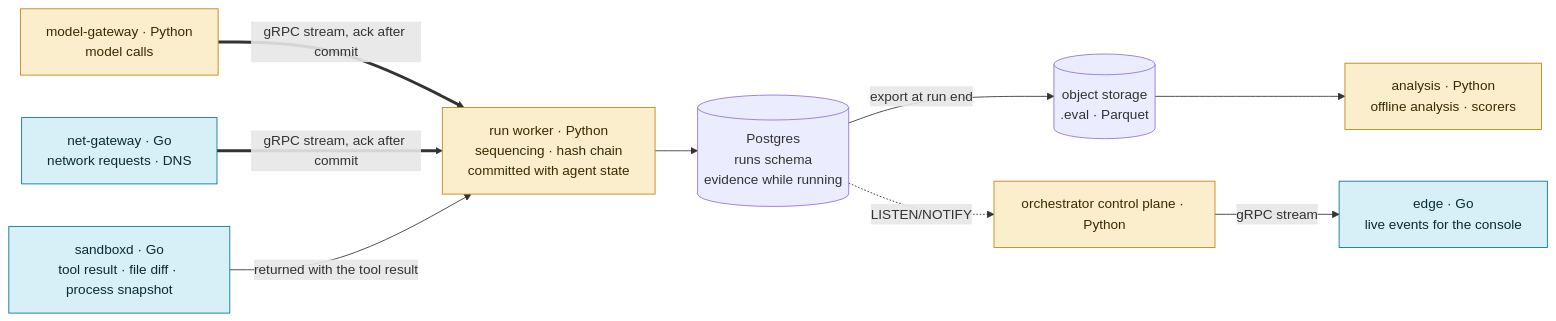
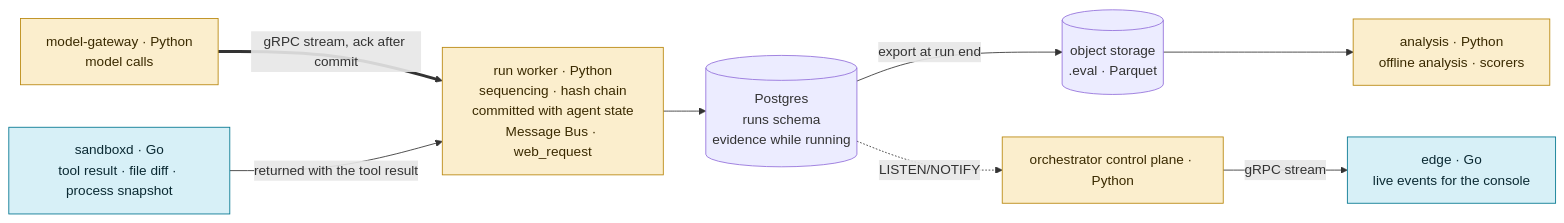
One commit to jackeydou/DUNE changed the second of 2 diagrams in docs/architecture.md. Above: the diagram before and after it, drawn with Mermaid. The commit also changed other lines of this file and 18 other files, not shown here.

First line of the commit message:
spec: trajectory first — sandboxes offline, web_request, milestones reordered

````diff
--- a/docs/architecture.md
+++ b/docs/architecture.md
@@ -88,15 +85,15 @@
 ```mermaid
 flowchart LR
-    MG["model-gateway · Python<br/>model calls"] & NG["net-gateway · Go<br/>network requests · DNS"] == gRPC stream, ack after commit ==> W["run worker · Python<br/>sequencing · hash chain<br/>committed with agent state"]
+    MG["model-gateway · Python<br/>model calls"] == gRPC stream, ack after commit ==> W["run worker · Python<br/>sequencing · hash chain<br/>committed with agent state<br/>Message Bus · web_request"]
     SBX["sandboxd · Go<br/>tool result · file diff · process snapshot"] -- returned with the tool result --> W
     W --> PG[("Postgres<br/>runs schema<br/>evidence while running")]
     PG -- export at run end --> OBJ[("object storage<br/>.eval · Parquet")]
     OBJ --> AN["analysis · Python<br/>offline analysis · scorers"]
     PG -. LISTEN/NOTIFY .-> CP["orchestrator control plane · Python"]
     CP -- gRPC stream --> EDGE["edge · Go<br/>live events for the console"]
 
     classDef go fill:#d7f0f7,stroke:#00758f,color:#0b2a33
     classDef py fill:#fbeecd,stroke:#b8860b,color:#3a2a00
-    class NG,SBX,EDGE go
+    class SBX,EDGE go
     class MG,W,AN,CP py
 ```
````
